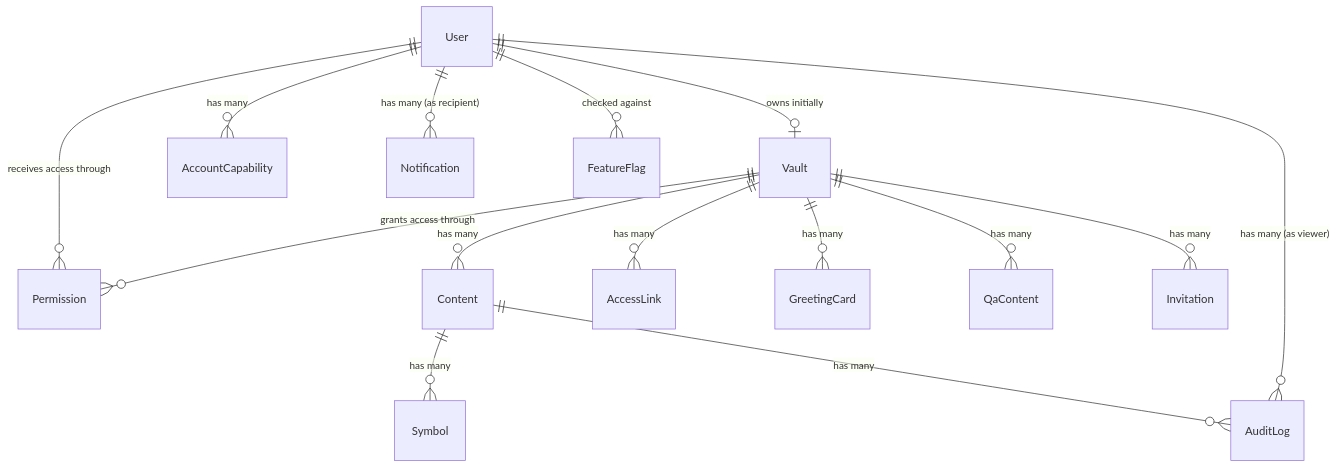
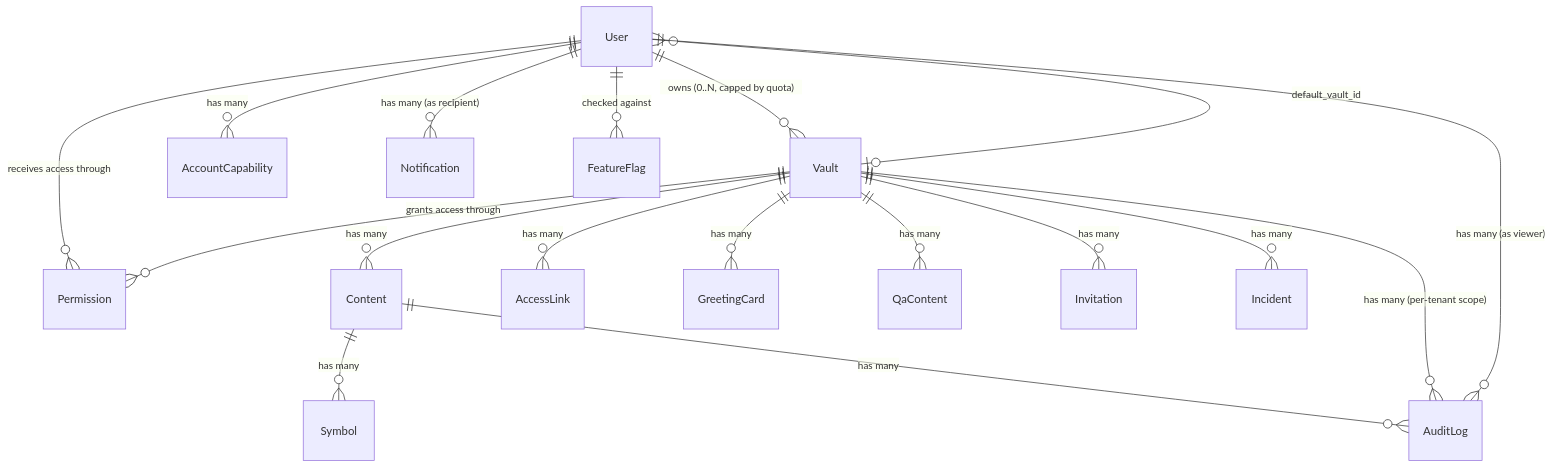
One commit to kackey621/Bokunokoto changed the diagram in docs/architecture/data-model.md. Above: the diagram before and after it, drawn with Mermaid. The commit also changed other lines of this file and 19 other files, not shown here.

````diff
--- a/docs/architecture/data-model.md
+++ b/docs/architecture/data-model.md
@@ -5,17 +8,20 @@
 ```mermaid
 erDiagram
-    User ||--o| Vault : "owns initially"
+    User ||--o{ Vault : "owns (0..N, capped by quota)"
     User ||--o{ AccountCapability : "has many"
     User ||--o{ Permission : "receives access through"
+    User }o--o| Vault : "default_vault_id"
     Vault ||--o{ Content : "has many"
     Vault ||--o{ Permission : "grants access through"
     Vault ||--o{ AccessLink : "has many"
     Vault ||--o{ GreetingCard : "has many"
     Vault ||--o{ QaContent : "has many"
     Content ||--o{ Symbol : "has many"
     Content ||--o{ AuditLog : "has many"
+    Vault ||--o{ AuditLog : "has many (per-tenant scope)"
     User ||--o{ AuditLog : "has many (as viewer)"
     User ||--o{ Notification : "has many (as recipient)"
     Vault ||--o{ Invitation : "has many"
+    Vault ||--o{ Incident : "has many"
     User ||--o{ FeatureFlag : "checked against"
 ```
````
